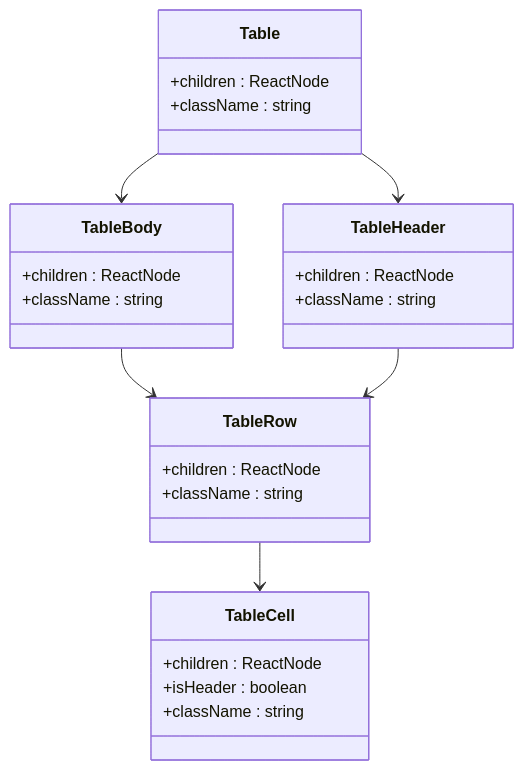
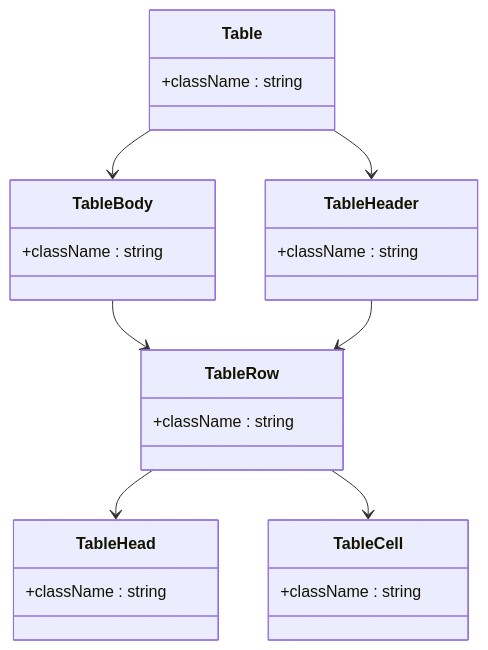
The sixth of 8 diagrams in .qoder/repowiki/zh/content/UI 组件库/UI 组件库.md (HAOFUYANG/nextjs-admin), drawn with Mermaid before and after one commit. The commit also changed other lines of this file and 4 other files, not shown here.

````diff
--- a/.qoder/repowiki/zh/content/UI 组件库/UI 组件库.md
+++ b/.qoder/repowiki/zh/content/UI 组件库/UI 组件库.md
@@ -385,29 +328,27 @@
 ```mermaid
 classDiagram
 class Table {
-+children : ReactNode
 +className : string
 }
 class TableHeader {
-+children : ReactNode
 +className : string
 }
 class TableBody {
-+children : ReactNode
 +className : string
 }
 class TableRow {
-+children : ReactNode
++className : string
+}
+class TableHead {
 +className : string
 }
 class TableCell {
-+children : ReactNode
-+isHeader : boolean
 +className : string
 }
 Table --> TableHeader
 Table --> TableBody
 TableBody --> TableRow
 TableHeader --> TableRow
+TableRow --> TableHead
 TableRow --> TableCell
 ```
````
